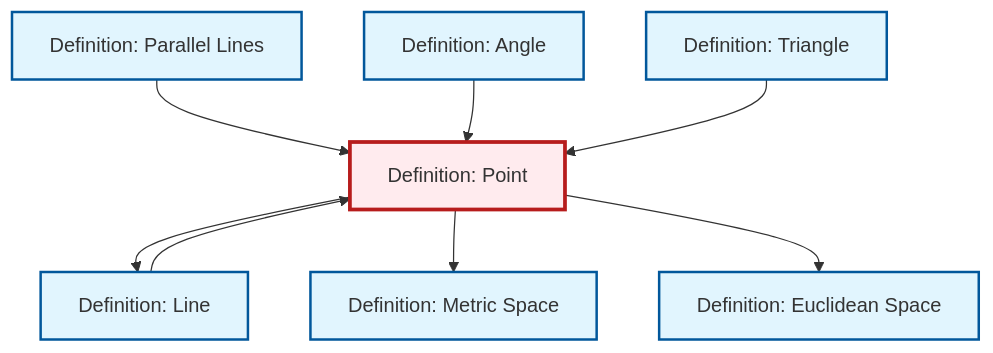
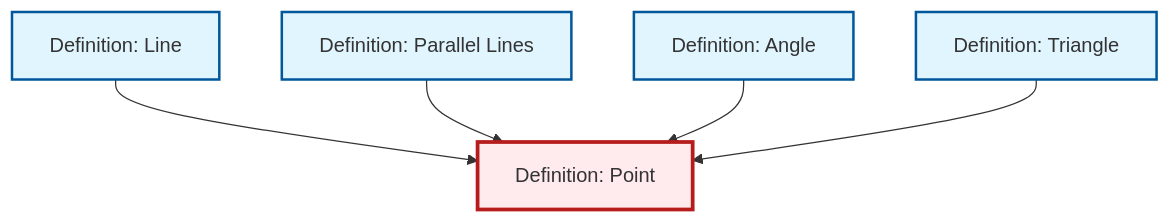
One commit to RK0429/ModernMath changed the diagram in content/en/geometry/def-point.qmd. Above: the diagram before and after it, drawn with Mermaid. The commit also changed 511 other files, not shown here.

````diff
--- a/content/en/geometry/def-point.qmd
+++ b/content/en/geometry/def-point.qmd
@@ -39,31 +39,19 @@
 ```{mermaid}
 %%| fig-cap: "Local dependency graph"
 graph TD
     classDef definition fill:#e1f5fe,stroke:#01579b,stroke-width:2px
     classDef theorem fill:#f3e5f5,stroke:#4a148c,stroke-width:2px
     classDef axiom fill:#fff3e0,stroke:#e65100,stroke-width:2px
     classDef example fill:#e8f5e9,stroke:#1b5e20,stroke-width:2px
     classDef current fill:#ffebee,stroke:#b71c1c,stroke-width:3px
+    def-angle["Definition: Angle"]:::definition
+    def-point["Definition: Point"]:::definition
+    def-parallel["Definition: Parallel Lines"]:::definition
+    def-line["Definition: Line"]:::definition
     def-triangle["Definition: Triangle"]:::definition
-    def-angle["Definition: Angle"]:::definition
-    def-parallel["Definition: Parallel Lines"]:::definition
-    def-metric-space["Definition: Metric Space"]:::definition
-    def-euclidean-space["Definition: Euclidean Space"]:::definition
-    def-point["Definition: Point"]:::definition
-    def-line["Definition: Line"]:::definition
+    def-line --> def-point
     def-parallel --> def-point
-    def-point --> def-line
-    def-point --> def-metric-space
-    def-line --> def-point
-    def-point --> def-euclidean-space
     def-angle --> def-point
     def-triangle --> def-point
     class def-point current
-
-    click def-triangle "def-triangle.html" "Go to Triangle definition"
-    click def-angle "def-angle.html" "Go to Angle definition"
-    click def-parallel "def-parallel.html" "Go to Parallel Lines definition"
-    click def-metric-space "def-metric-space.html" "Go to Metric Space definition"
-    click def-euclidean-space "def-euclidean-space.html" "Go to Euclidean Space definition"
-    click def-line "def-line.html" "Go to Line definition"
 ```
````
